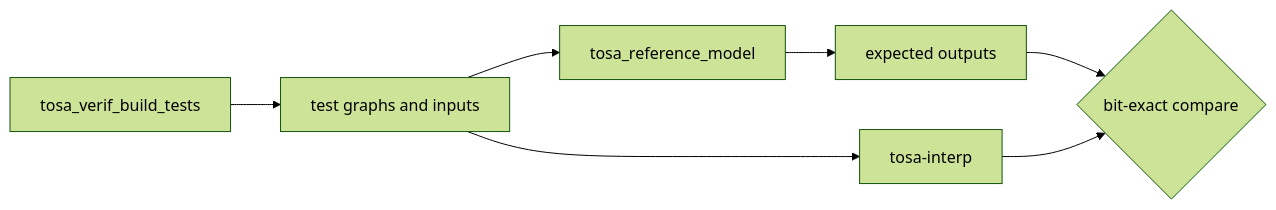
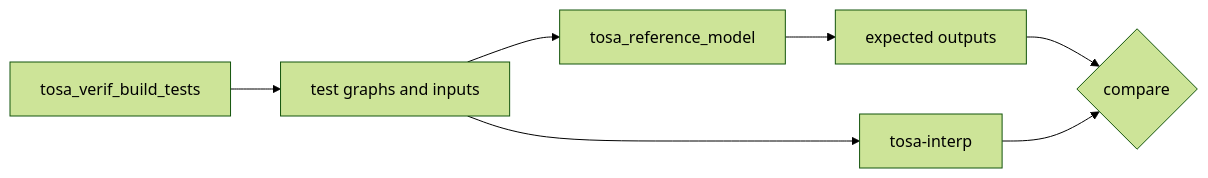
One commit to emmet-horgan/tosa changed the diagram in docs/OPERATOR_STATUS.md. Above: the diagram before and after it, drawn with Mermaid (forest theme). The commit also changed other lines of this file and 2 other files, not shown here.

````diff
--- a/docs/OPERATOR_STATUS.md
+++ b/docs/OPERATOR_STATUS.md
@@ -23,9 +24,9 @@
 ```mermaid
 graph LR;
   G[tosa_verif_build_tests] --> T[test graphs and inputs];
   T --> R[tosa_reference_model];
   R --> E[expected outputs];
   T --> I[tosa-interp];
-  E --> C{bit-exact compare};
+  E --> C{compare};
   I --> C;
 ```
````
